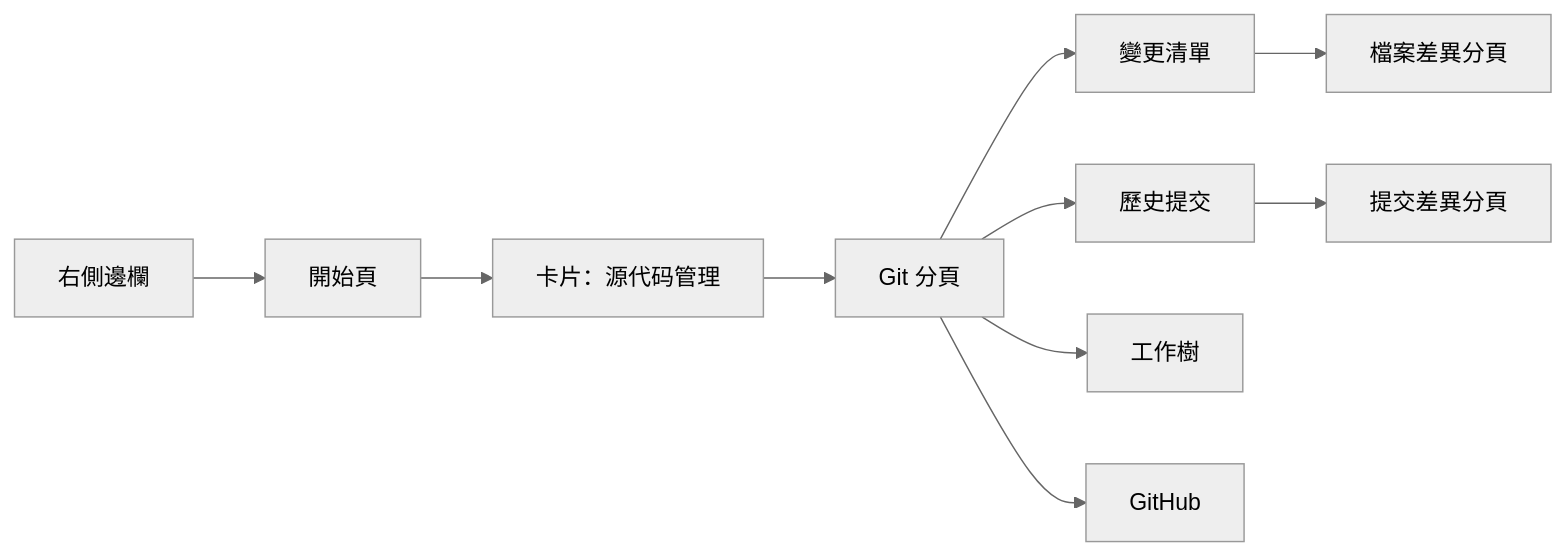
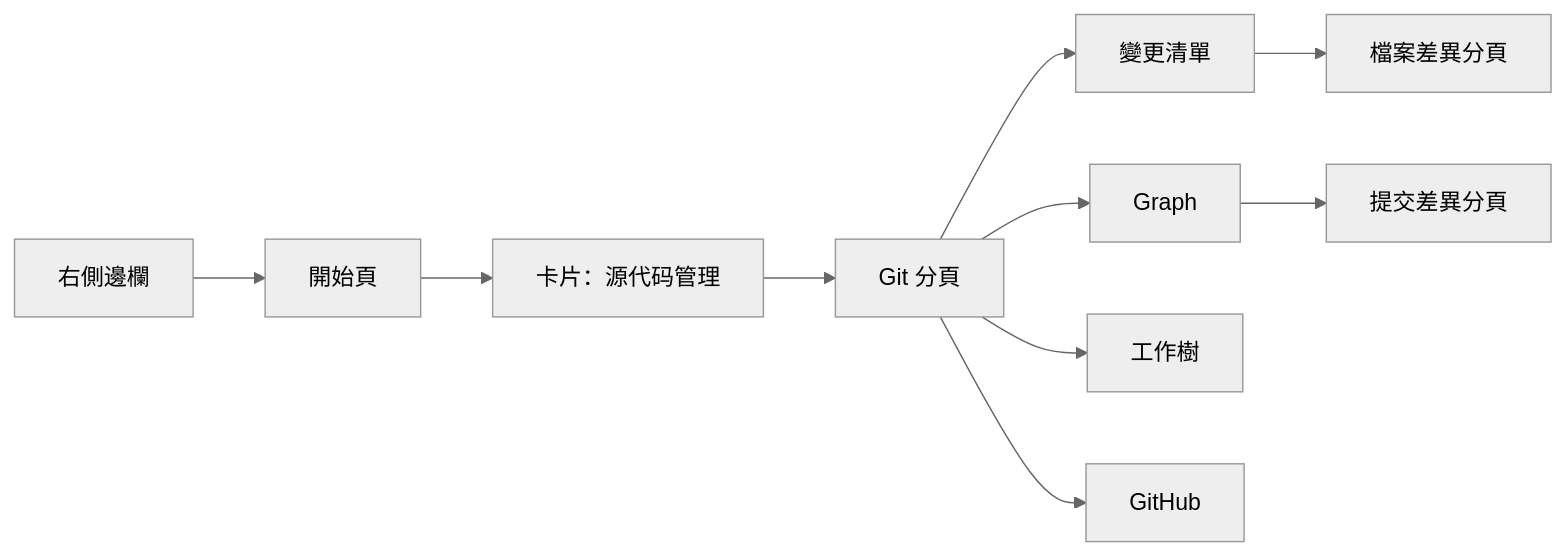
One commit to ET921/dsh-git-management changed the first of 5 diagrams in README.md. Above: the diagram before and after it, drawn with Mermaid (neutral theme). The commit also changed other lines of this file and 12 other files, not shown here.

First line of the commit message:
feat/graph-collaboration : 顯示同事分支並修好按鈕字色

````diff
--- a/README.md
+++ b/README.md
@@ -22,12 +22,12 @@
 ```mermaid
 flowchart LR
   A["右側邊欄"] --> B["開始頁"]
   B --> C["卡片：源代码管理"]
   C --> D["Git 分頁"]
   D --> E["變更清單"]
-  D --> F["歷史提交"]
+  D --> F["Graph"]
   D --> G["工作樹"]
   D --> H["GitHub"]
   E --> I["檔案差異分頁"]
   F --> J["提交差異分頁"]
 ```
````
